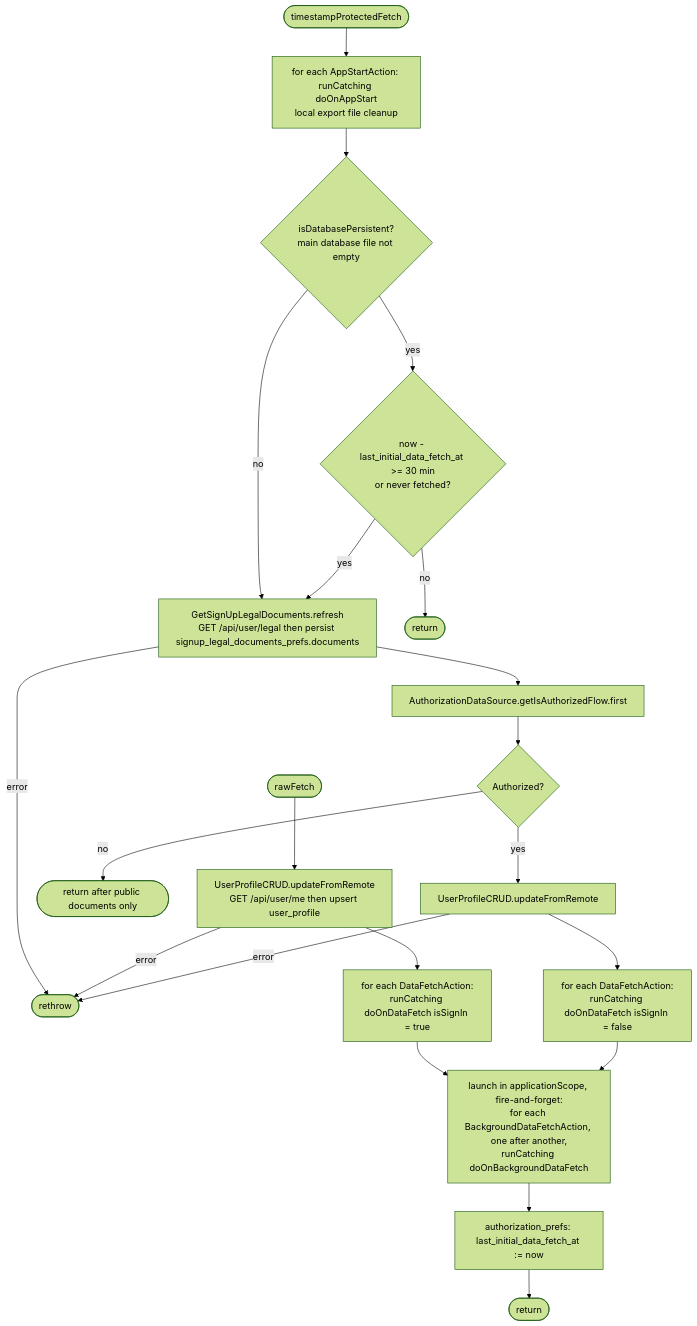
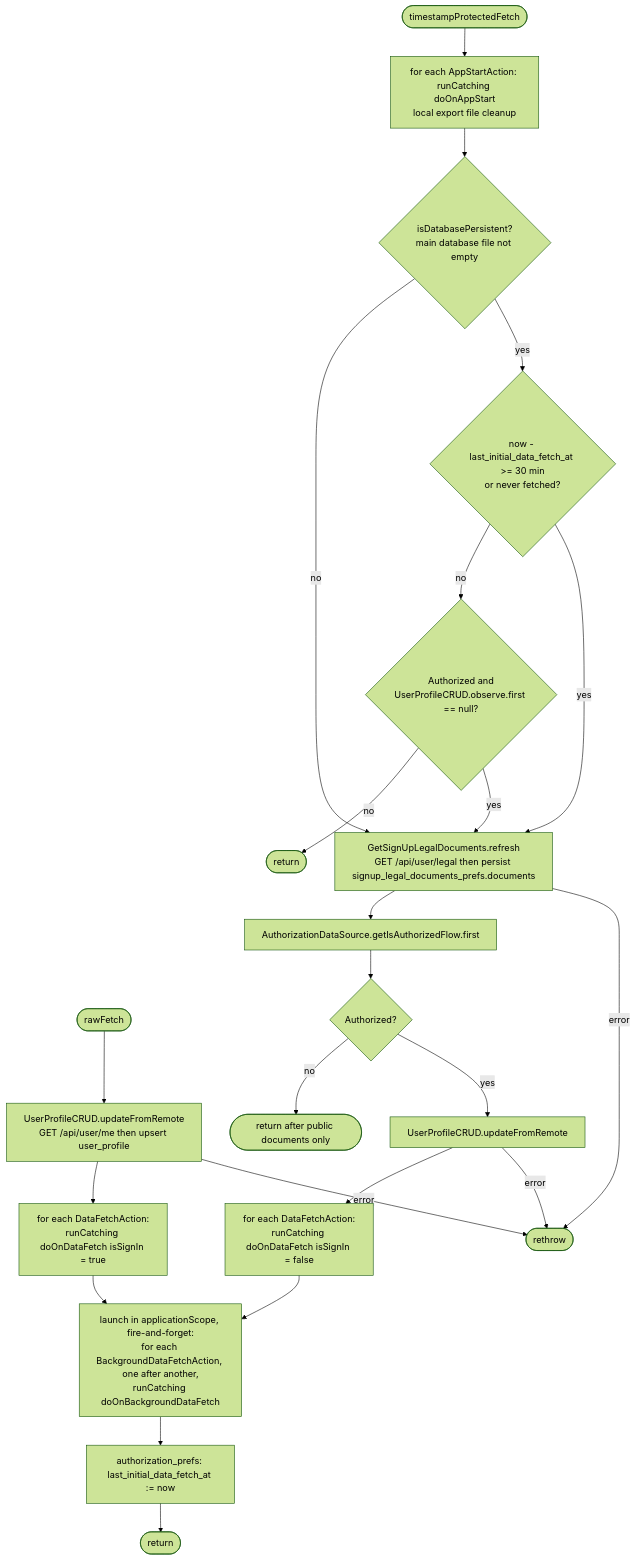
The first of 2 diagrams in docs/operations/authorization/initial-app-data-fetch.md (nocturneproperties/bookkme-client), drawn with Mermaid (forest theme) before and after one commit. The commit also changed other lines of this file and 28 other files, not shown here.

````diff
--- a/docs/operations/authorization/initial-app-data-fetch.md
+++ b/docs/operations/authorization/initial-app-data-fetch.md
@@ -34,23 +38,25 @@
 ```mermaid
 flowchart TD
     A([rawFetch]) --> P
     B([timestampProtectedFetch]) --> Start[for each AppStartAction: runCatching doOnAppStart<br/>local export file cleanup]
     Start --> Persistent{isDatabasePersistent?<br/>main database file not empty}
     Persistent -- no --> Legal
     Persistent -- yes --> Due{now - last_initial_data_fetch_at >= 30 min<br/>or never fetched?}
-    Due -- no --> Skip([return])
+    Due -- no --> Profile{Authorized and<br/>UserProfileCRUD.observe.first == null?}
+    Profile -- no --> Skip([return])
+    Profile -- yes --> Legal
     Due -- yes --> Legal[GetSignUpLegalDocuments.refresh<br/>GET /api/user/legal then persist signup_legal_documents_prefs.documents]
     Legal --> Auth[AuthorizationDataSource.getIsAuthorizedFlow.first]
     Auth --> Authorized{Authorized?}
     Authorized -- no --> PublicOnly([return after public documents only])
     Authorized -- yes --> P2
     Legal -- error --> EX
     P[UserProfileCRUD.updateFromRemote<br/>GET /api/user/me then upsert user_profile] --> DataA[for each DataFetchAction:<br/>runCatching doOnDataFetch isSignIn = true]
     P2[UserProfileCRUD.updateFromRemote] --> DataB[for each DataFetchAction:<br/>runCatching doOnDataFetch isSignIn = false]
     DataA --> Background
     DataB --> Background
     Background[launch in applicationScope, fire-and-forget:<br/>for each BackgroundDataFetchAction, one after another,<br/>runCatching doOnBackgroundDataFetch] --> Mark[authorization_prefs: last_initial_data_fetch_at := now]
     Mark --> R([return])
     P -- error --> EX([rethrow])
     P2 -- error --> EX
 ```
````
